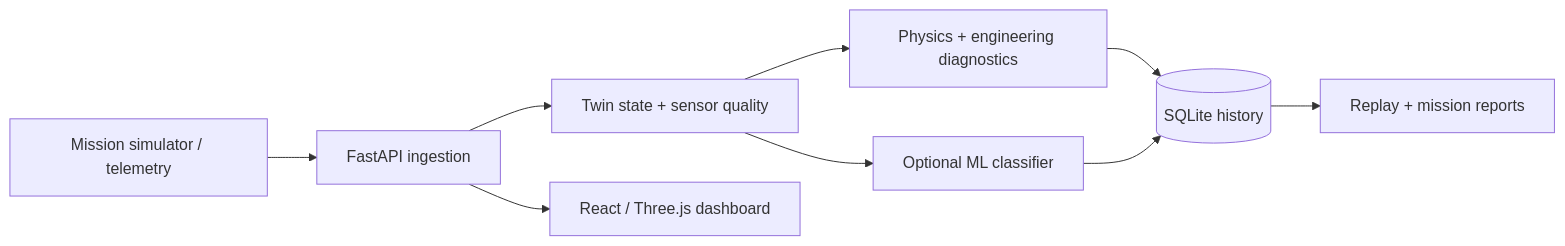
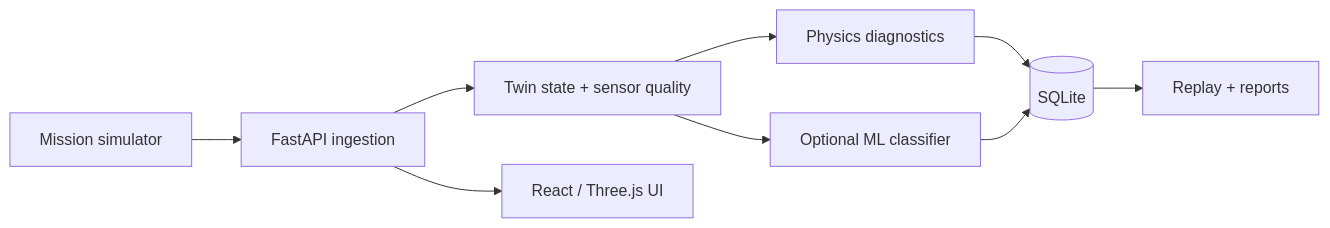
The first of 2 diagrams in README.md (vigneshwar0246/vigneshwar0246), drawn with Mermaid before and after one commit. The commit also changed other lines of this file, not shown here.

````diff
--- a/README.md
+++ b/README.md
@@ -123,11 +131,11 @@
 ```mermaid
 flowchart LR
-  S[Mission simulator / telemetry] --> I[FastAPI ingestion]
+  S[Mission simulator] --> I[FastAPI ingestion]
   I --> T[Twin state + sensor quality]
-  T --> P[Physics + engineering diagnostics]
+  T --> P[Physics diagnostics]
   T --> M[Optional ML classifier]
-  P --> D[(SQLite history)]
+  P --> D[(SQLite)]
   M --> D
-  D --> R[Replay + mission reports]
-  I --> U[React / Three.js dashboard]
+  D --> R[Replay + reports]
+  I --> U[React / Three.js UI]
 ```
````
